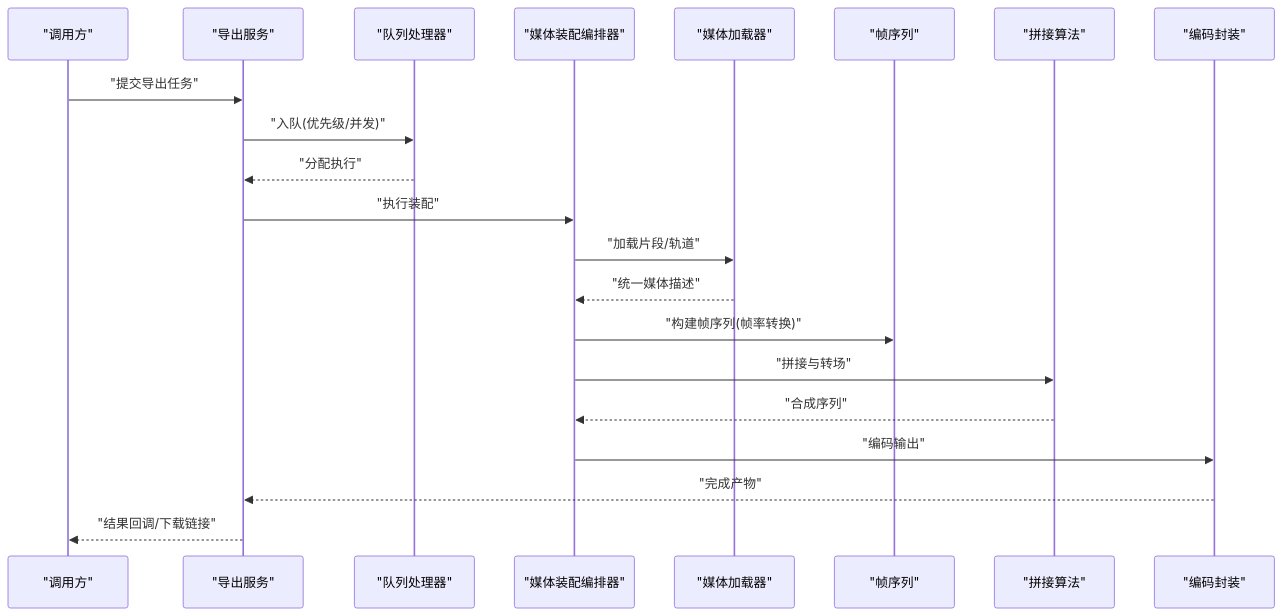
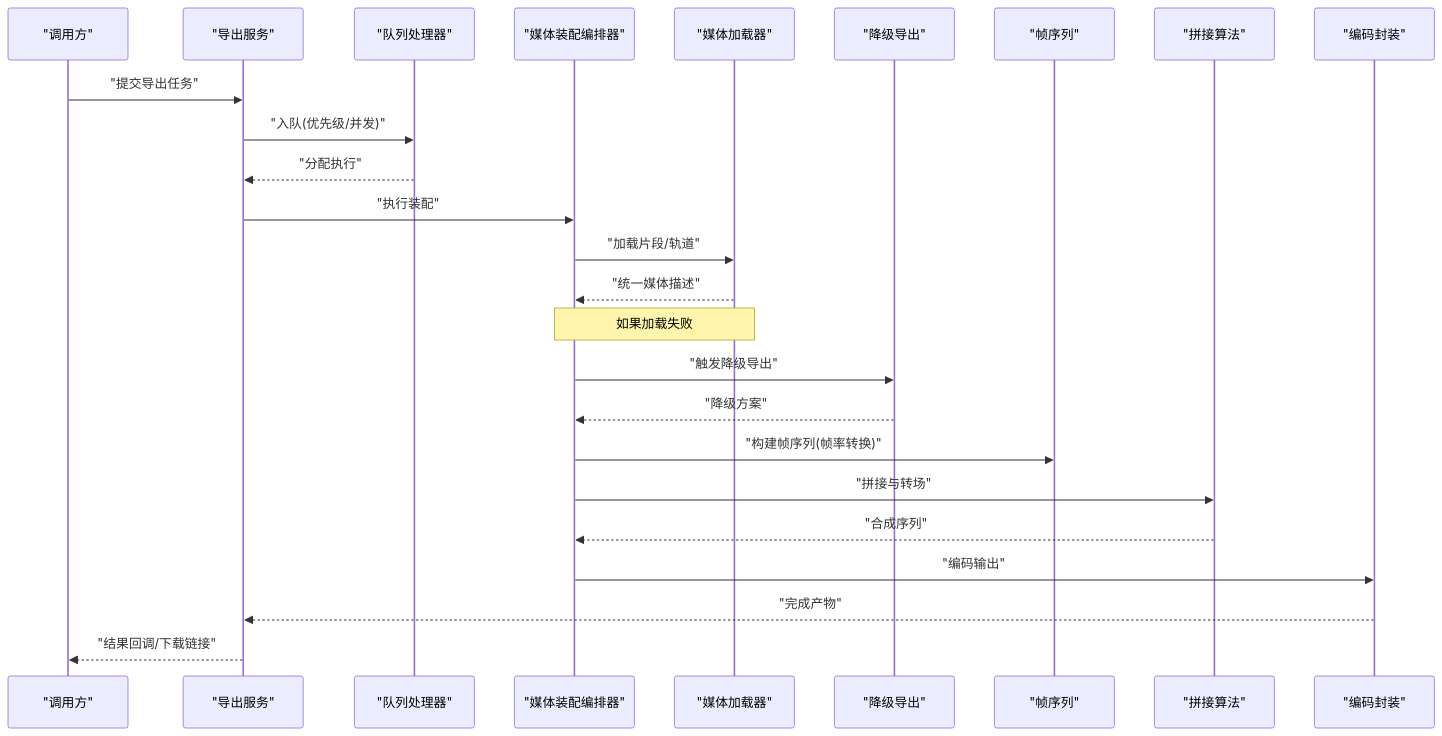
The second of 6 diagrams in .qoder/repowiki/zh/content/渲染引擎/渲染流水线/媒体组装引擎.md (scottcwy/PurpleInk), drawn with Mermaid before and after one commit. The commit also changed other lines of this file and 109 other files, not shown here.

````diff
--- a/.qoder/repowiki/zh/content/渲染引擎/渲染流水线/媒体组装引擎.md
+++ b/.qoder/repowiki/zh/content/渲染引擎/渲染流水线/媒体组装引擎.md
@@ -146,23 +135,27 @@
 ```mermaid
 sequenceDiagram
 participant Client as "调用方"
 participant ExportSvc as "导出服务"
 participant Queue as "队列处理器"
 participant Asm as "媒体装配编排器"
 participant Loader as "媒体加载器"
+participant Degraded as "降级导出"
 participant Seq as "帧序列"
 participant Concat as "拼接算法"
 participant Enc as "编码封装"
 Client->>ExportSvc : "提交导出任务"
 ExportSvc->>Queue : "入队(优先级/并发)"
 Queue-->>ExportSvc : "分配执行"
 ExportSvc->>Asm : "执行装配"
 Asm->>Loader : "加载片段/轨道"
 Loader-->>Asm : "统一媒体描述"
+Note over Asm,Loader : 如果加载失败
+Asm->>Degraded : "触发降级导出"
+Degraded-->>Asm : "降级方案"
 Asm->>Seq : "构建帧序列(帧率转换)"
 Asm->>Concat : "拼接与转场"
 Concat-->>Asm : "合成序列"
 Asm->>Enc : "编码输出"
 Enc-->>ExportSvc : "完成产物"
 ExportSvc-->>Client : "结果回调/下载链接"
 ```
````
